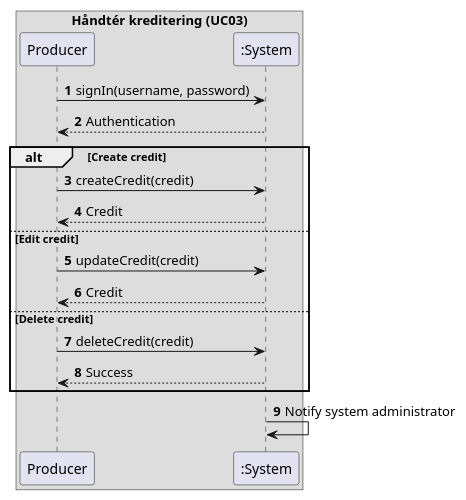
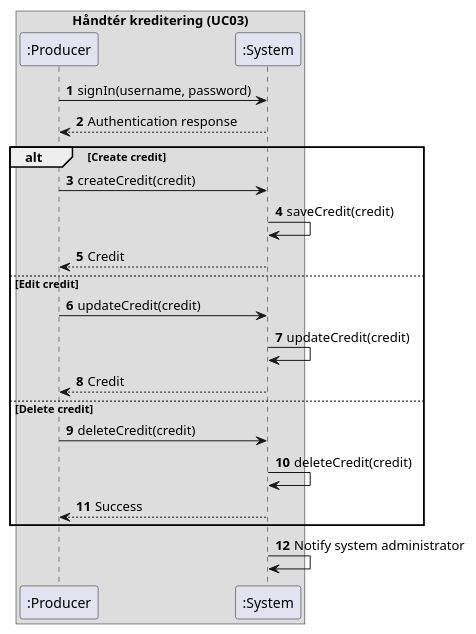
One commit to amatzen/SE02-SE-G02-SPRO changed the diagram in uml/sequence_diagrams/system/UC03_manage_credits.puml. Above: the diagram before and after it, drawn with PlantUML. The commit also changed 11 other files, not shown here.

Commit message:
System diagrams

```diff
--- a/uml/sequence_diagrams/system/UC03_manage_credits.puml
+++ b/uml/sequence_diagrams/system/UC03_manage_credits.puml
@@ -1,27 +1,30 @@
 @startuml
 'https://plantuml.com/sequence-diagram
 
 autonumber
 
 box "Håndtér kreditering (UC03)"
-    participant "Producer" as producer
+    participant ":Producer" as producer
     participant ":System" as system
 end box
 
 producer -> system : signIn(username, password)
-producer <-- system : Authentication
+producer <-- system : Authentication response
 
 alt Create credit
     producer -> system : createCredit(credit)
+    system -> system : saveCredit(credit)
     producer <-- system : Credit
 else Edit credit
     producer -> system : updateCredit(credit)
+    system -> system : updateCredit(credit)
     producer <-- system : Credit
 else Delete credit
     producer -> system : deleteCredit(credit)
+    system -> system : deleteCredit(credit)
     producer <-- system : Success
 end
 
 system -> system : Notify system administrator
 
 @enduml
```
